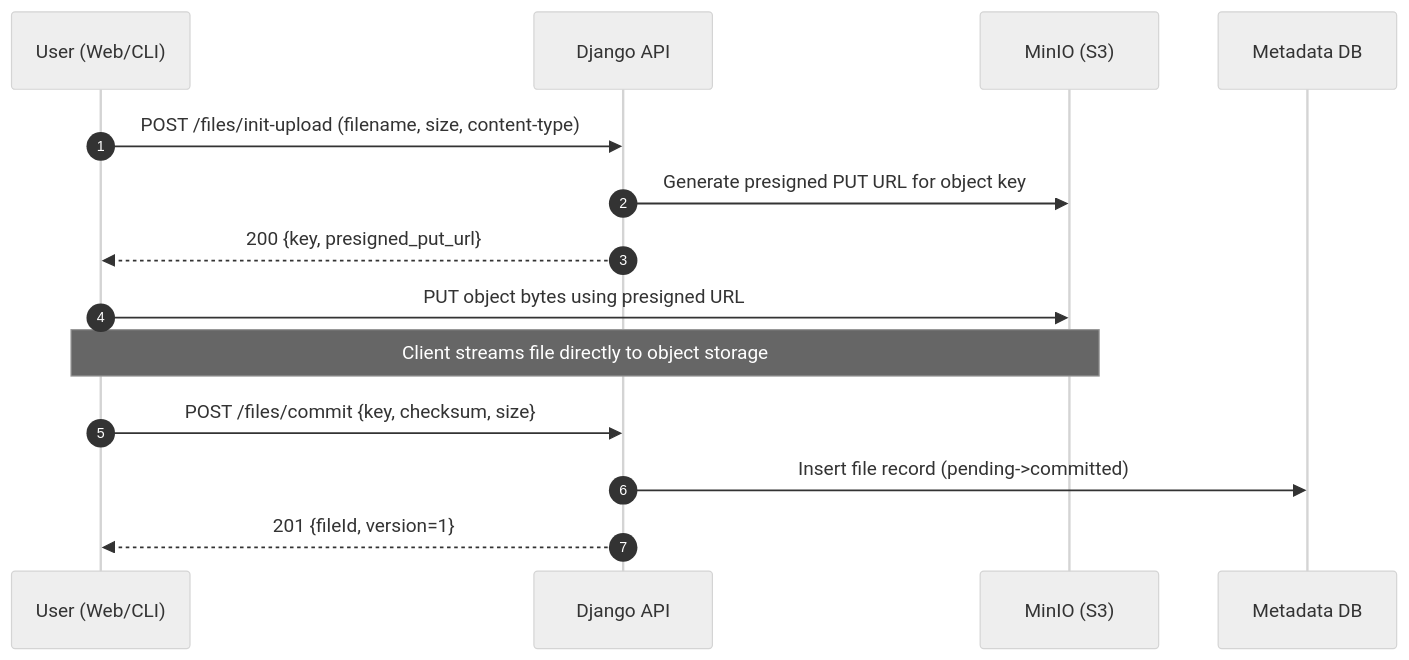
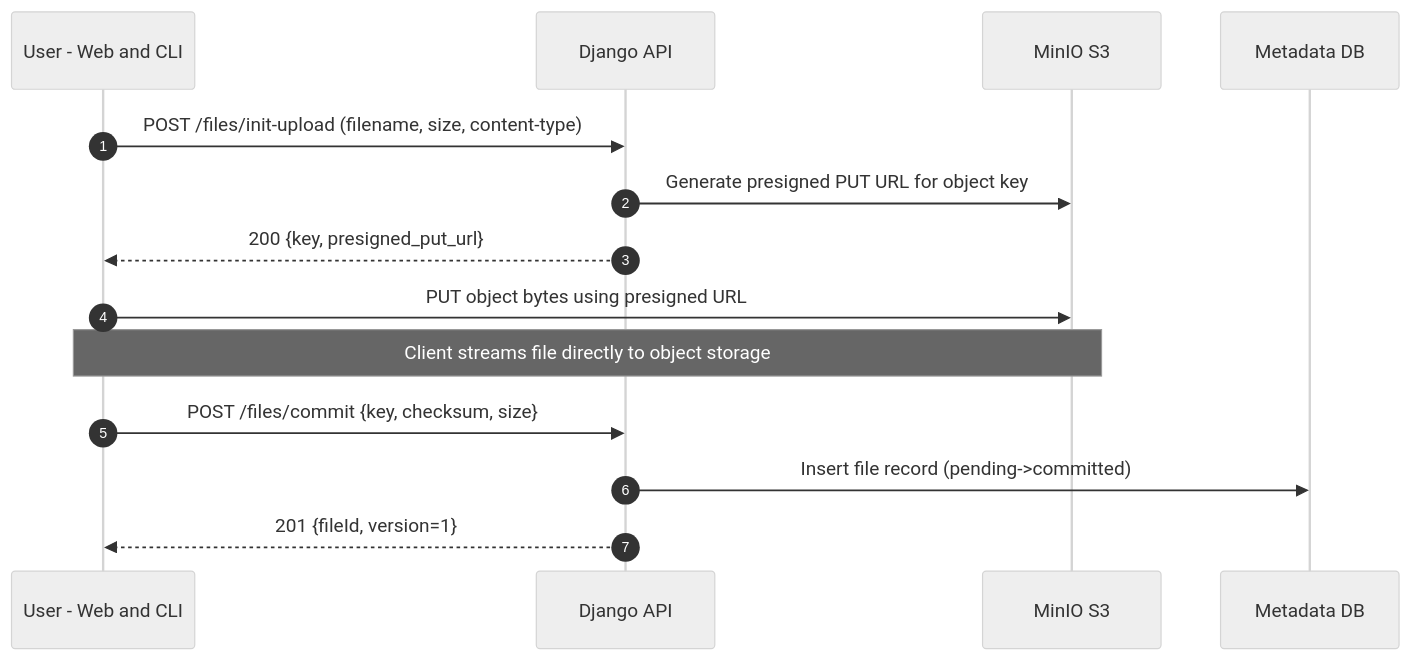
The diagram in docx/sequence-upload.md (sivashankarplaraj/RemoteDrive), drawn with Mermaid (neutral theme) before and after one commit. The commit also changed 2 other files, not shown here.

Commit message:
docs: normalize Mermaid diagrams for GitHub renderer (labels, types, comments)

````diff
--- a/docx/sequence-upload.md
+++ b/docx/sequence-upload.md
@@ -3,19 +3,19 @@
 ```mermaid
 sequenceDiagram
     autonumber
-    participant U as User (Web/CLI)
+    participant U as User - Web and CLI
     participant A as Django API
-    participant S3 as MinIO (S3)
+    participant S3 as MinIO S3
     participant DB as Metadata DB
 
     U->>A: POST /files/init-upload (filename, size, content-type)
     A->>S3: Generate presigned PUT URL for object key
     A-->>U: 200 {key, presigned_put_url}
 
     U->>S3: PUT object bytes using presigned URL
     Note over U,S3: Client streams file directly to object storage
 
     U->>A: POST /files/commit {key, checksum, size}
     A->>DB: Insert file record (pending->committed)
     A-->>U: 201 {fileId, version=1}
 ```
````
